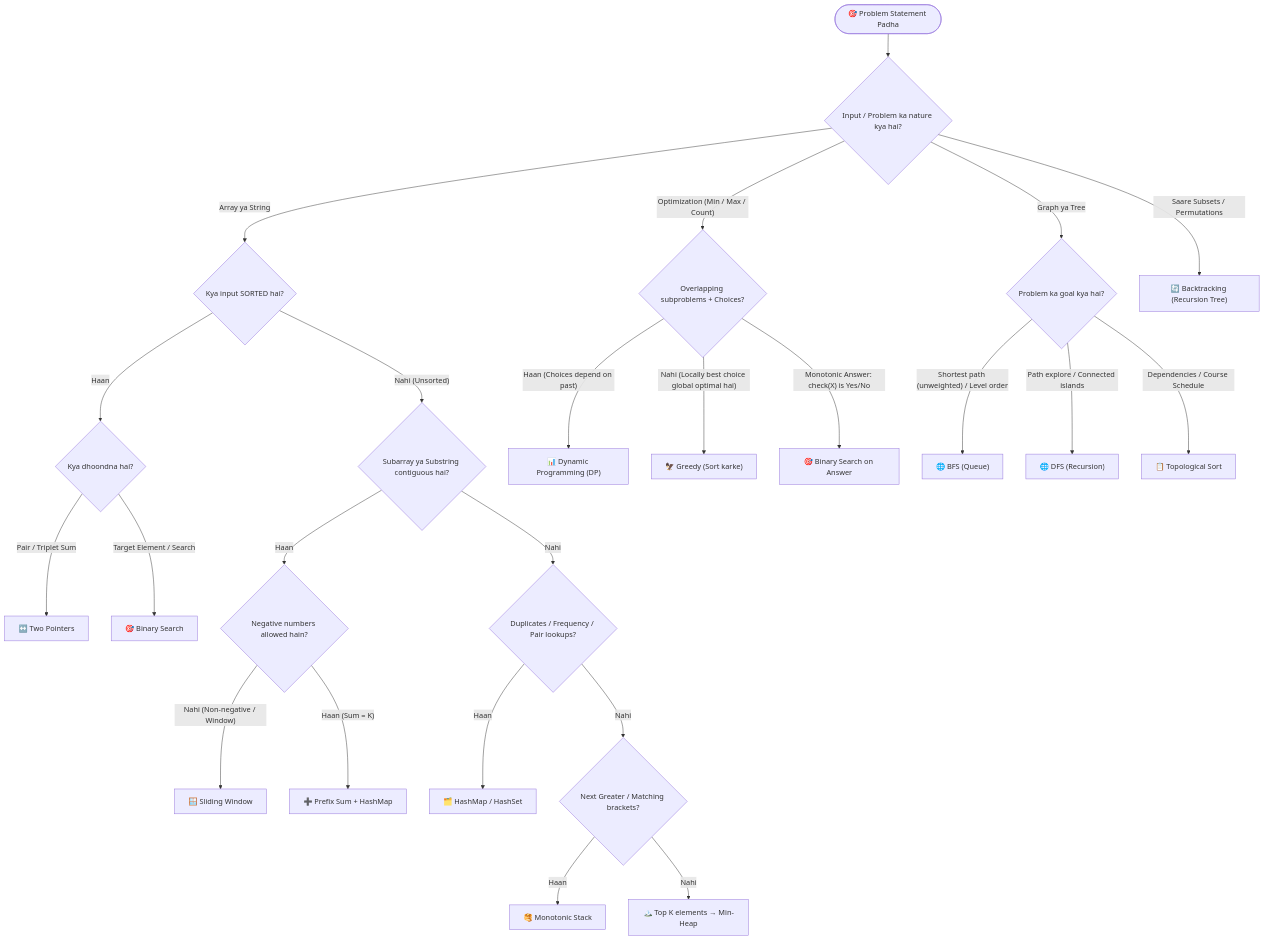
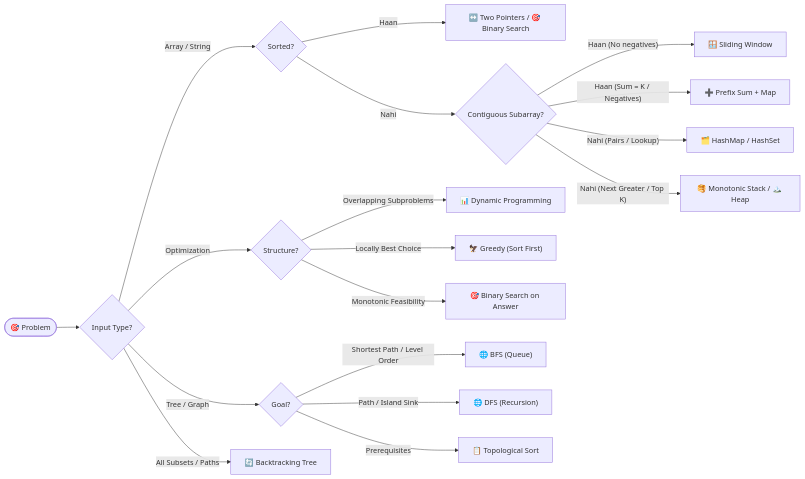
Before and after one commit to Kali-Prem/dsa-logic-building-playbook: the third of 11 diagrams in README.md, drawn with Mermaid. The commit also changed other lines of this file, not shown here.

Commit message:
optimize flowcharts to compact horizontal LR layout for GitHub

````diff
--- a/README.md
+++ b/README.md
@@ -431,37 +423,28 @@
 ```mermaid
-flowchart TD
-    Start(["🎯 Problem Statement Padha"]) --> Q1{"Input / Problem ka nature kya hai?"}
-    
-    %% Branch 1: Array / String
-    Q1 -->|"Array ya String"| ArrCheck{"Kya input SORTED hai?"}
-    
-    ArrCheck -->|"Haan"| SortedDec{"Kya dhoondna hai?"}
-    SortedDec -->|"Pair / Triplet Sum"| T_TP["↔️ Two Pointers"]
-    SortedDec -->|"Target Element / Search"| T_BS["🎯 Binary Search"]
-    
-    ArrCheck -->|"Nahi (Unsorted)"| SubCheck{"Subarray ya Substring contiguous hai?"}
-    SubCheck -->|"Haan"| WindowCheck{"Negative numbers allowed hain?"}
-    WindowCheck -->|"Nahi (Non-negative / Window)"| T_SW["🪟 Sliding Window"]
-    WindowCheck -->|"Haan (Sum = K)"| T_PS["➕ Prefix Sum + HashMap"]
-    
-    SubCheck -->|"Nahi"| LookupCheck{"Duplicates / Frequency / Pair lookups?"}
-    LookupCheck -->|"Haan"| T_HM["🗂️ HashMap / HashSet"]
-    LookupCheck -->|"Nahi"| OrderCheck{"Next Greater / Matching brackets?"}
-    OrderCheck -->|"Haan"| T_ST["🥞 Monotonic Stack"]
-    OrderCheck -->|"Nahi"| T_HP["🏔️ Top K elements &rarr; Min-Heap"]
-    
-    %% Branch 2: Optimization
-    Q1 -->|"Optimization (Min / Max / Count)"| OptCheck{"Overlapping subproblems + Choices?"}
-    OptCheck -->|"Haan (Choices depend on past)"| T_DP["📊 Dynamic Programming (DP)"]
-    OptCheck -->|"Nahi (Locally best choice global optimal hai)"| T_GR["🦅 Greedy (Sort karke)"]
-    OptCheck -->|"Monotonic Answer: check(X) is Yes/No"| T_BSA["🎯 Binary Search on Answer"]
-    
-    %% Branch 3: Graphs / Trees
-    Q1 -->|"Graph ya Tree"| GraphCheck{"Problem ka goal kya hai?"}
-    GraphCheck -->|"Shortest path (unweighted) / Level order"| T_BFS["🌐 BFS (Queue)"]
-    GraphCheck -->|"Path explore / Connected islands"| T_DFS["🌐 DFS (Recursion)"]
-    GraphCheck -->|"Dependencies / Course Schedule"| T_TOPO["📋 Topological Sort"]
-    
-    %% Branch 4: Exhaustive
-    Q1 -->|"Saare Subsets / Permutations"| T_BT["🔄 Backtracking (Recursion Tree)"]
+flowchart LR
+    Start(["🎯 Problem"]) --> In{"Input Type?"}
+
+    %% Category 1: Array / String
+    In -->|"Array / String"| A_Sort{"Sorted?"}
+    A_Sort -->|"Haan"| T1["↔️ Two Pointers / 🎯 Binary Search"]
+    A_Sort -->|"Nahi"| A_Sub{"Contiguous Subarray?"}
+    A_Sub -->|"Haan (No negatives)"| T2["🪟 Sliding Window"]
+    A_Sub -->|"Haan (Sum = K / Negatives)"| T3["➕ Prefix Sum + Map"]
+    A_Sub -->|"Nahi (Pairs / Lookup)"| T4["🗂️ HashMap / HashSet"]
+    A_Sub -->|"Nahi (Next Greater / Top K)"| T5["🥞 Monotonic Stack / 🏔️ Heap"]
+
+    %% Category 2: Optimization
+    In -->|"Optimization"| Opt{"Structure?"}
+    Opt -->|"Overlapping Subproblems"| T6["📊 Dynamic Programming"]
+    Opt -->|"Locally Best Choice"| T7["🦅 Greedy (Sort First)"]
+    Opt -->|"Monotonic Feasibility"| T8["🎯 Binary Search on Answer"]
+
+    %% Category 3: Trees / Graphs
+    In -->|"Tree / Graph"| Gr{"Goal?"}
+    Gr -->|"Shortest Path / Level Order"| T9["🌐 BFS (Queue)"]
+    Gr -->|"Path / Island Sink"| T10["🌐 DFS (Recursion)"]
+    Gr -->|"Prerequisites"| T11["📋 Topological Sort"]
+
+    %% Category 4: Exhaustive
+    In -->|"All Subsets / Paths"| T12["🔄 Backtracking Tree"]
 ```
````
